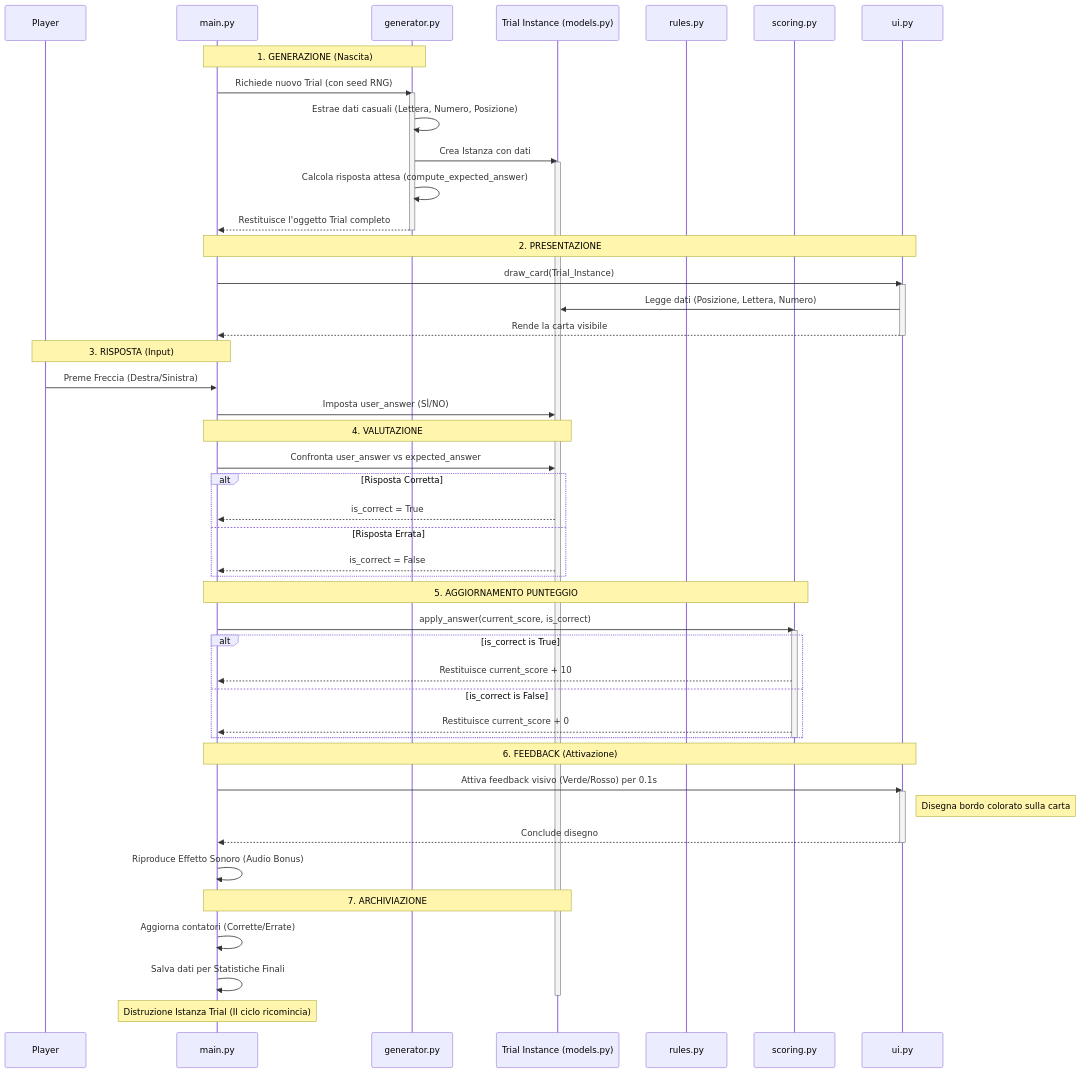
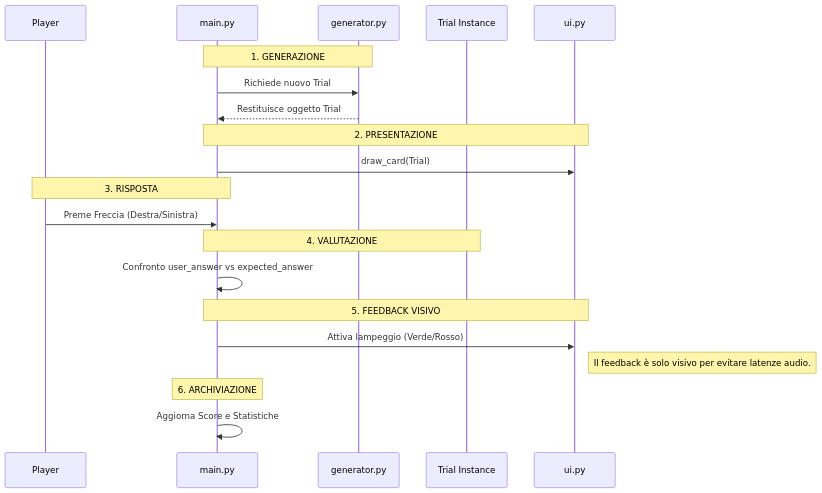
Before and after one commit to AndreaDevivo/Progetto-Informatica-De-Vivo---Piccolo-: the second of 2 diagrams in docs/architettura.md, drawn with Mermaid. The commit also changed other lines of this file, not shown here.

Commit message:
modificato grafico mermaid nel flusso di un trial
Updated the sequence diagram in the architecture documentation to simplify the trial generation process and improve visual feedback. Enhanced the scoring logic explanation to clarify the absence of audio feedback and the focus on visual cues.

````diff
--- a/docs/architettura.md
+++ b/docs/architettura.md
@@ -67,63 +67,28 @@
 ```mermaid
 sequenceDiagram
     participant Player
     participant MainLoop as main.py
     participant Generator as generator.py
-    participant Trial as Trial Instance (models.py)
-    participant Rules as rules.py
-    participant Scoring as scoring.py
+    participant Trial as Trial Instance
     participant UI as ui.py
 
-    Note over MainLoop, Generator: 1. GENERAZIONE (Nascita)
-    MainLoop->>Generator: Richiede nuovo Trial (con seed RNG)
-    activate Generator
-    Generator->>Generator: Estrae dati casuali (Lettera, Numero, Posizione)
-    Generator->>Trial: Crea Istanza con dati 
-    activate Trial
-    Generator->>Generator: Calcola risposta attesa (compute_expected_answer)
-    Generator-->>MainLoop: Restituisce l'oggetto Trial completo
-    deactivate Generator
+    Note over MainLoop, Generator: 1. GENERAZIONE
+    MainLoop->>Generator: Richiede nuovo Trial
+    Generator-->>MainLoop: Restituisce oggetto Trial
+    
+    Note over MainLoop, UI: 2. PRESENTAZIONE
+    MainLoop->>UI: draw_card(Trial)
 
-    Note over MainLoop, UI: 2. PRESENTAZIONE
-    MainLoop->>UI: draw_card(Trial_Instance)
-    activate UI
-    UI->>Trial: Legge dati (Posizione, Lettera, Numero)
-    UI-->>MainLoop: Rende la carta visibile
-    deactivate UI
+    Note over Player, MainLoop: 3. RISPOSTA
+    Player->>MainLoop: Preme Freccia (Destra/Sinistra)
+    
+    Note over MainLoop, Trial: 4. VALUTAZIONE
+    MainLoop->>MainLoop: Confronto user_answer vs expected_answer
 
-    Note over Player, MainLoop: 3. RISPOSTA (Input)
-    Player->>MainLoop: Preme Freccia (Destra/Sinistra)
-    MainLoop->>Trial: Imposta user_answer (SÌ/NO)
-
-    Note over MainLoop, Trial: 4. VALUTAZIONE
-    MainLoop->>Trial: Confronta user_answer vs expected_answer
-    alt Risposta Corretta
-        Trial-->>MainLoop: is_correct = True
-    else Risposta Errata
-        Trial-->>MainLoop: is_correct = False
-    end
-
-    Note over MainLoop, Scoring: 5. AGGIORNAMENTO PUNTEGGIO
-    MainLoop->>Scoring: apply_answer(current_score, is_correct)
-    activate Scoring
-    alt is_correct is True
-        Scoring-->>MainLoop: Restituisce current_score + 10
-    else is_correct is False
-        Scoring-->>MainLoop: Restituisce current_score + 0
-    end
-    deactivate Scoring
-
-    Note over MainLoop, UI: 6. FEEDBACK (Attivazione)
-    MainLoop->>UI: Attiva feedback visivo (Verde/Rosso) per 0.1s
-    activate UI
-    Note right of UI: Disegna bordo colorato sulla carta
-    UI-->>MainLoop: Conclude disegno
-    deactivate UI
-    MainLoop->>MainLoop: Riproduce Effetto Sonoro (Audio Bonus)
-
-    Note over MainLoop, Trial: 7. ARCHIVIAZIONE
-    MainLoop->>MainLoop: Aggiorna contatori (Corrette/Errate)
-    MainLoop->>MainLoop: Salva dati per Statistiche Finali
-    deactivate Trial
-    Note over MainLoop: Distruzione Istanza Trial (Il ciclo ricomincia)
+    Note over MainLoop, UI: 5. FEEDBACK VISIVO
+    MainLoop->>UI: Attiva lampeggio (Verde/Rosso)
+    Note right of UI: Il feedback è solo visivo per evitare latenze audio.
+    
+    Note over MainLoop: 6. ARCHIVIAZIONE
+    MainLoop->>MainLoop: Aggiorna Score e Statistiche
 ```
````
